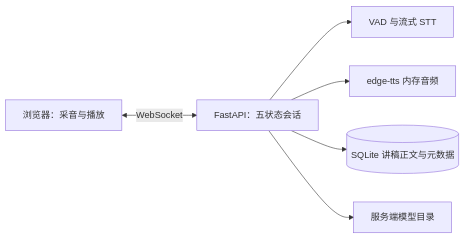
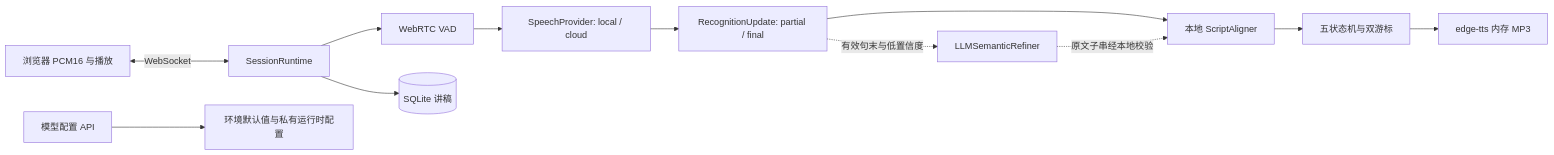
The diagram in docs/architecture.md (AstolfoNS/whisper-guide), drawn with Mermaid before and after one commit. The commit also changed other lines of this file and 50 other files, not shown here.

````diff
--- a/docs/architecture.md
+++ b/docs/architecture.md
@@ -3,8 +3,14 @@
 ```mermaid
 flowchart LR
-  B[浏览器：采音与播放] <-->|WebSocket| A[FastAPI：五状态会话]
-  A --> V[VAD 与流式 STT]
-  A --> T[edge-tts 内存音频]
-  A --> D[(SQLite 讲稿正文与元数据)]
-  A --> M[服务端模型目录]
+  B[浏览器 PCM16 与播放] <-->|WebSocket| A[SessionRuntime]
+  A --> V[WebRTC VAD]
+  V --> P[SpeechProvider: local / cloud]
+  P --> R[RecognitionUpdate: partial / final]
+  R --> S[本地 ScriptAligner]
+  S --> D[五状态机与双游标]
+  D --> T[edge-tts 内存 MP3]
+  R -.有效句末与低置信度.-> L[LLMSemanticRefiner]
+  L -.原文子串经本地校验.-> S
+  M[模型配置 API] --> C[环境默认值与私有运行时配置]
+  A --> Q[(SQLite 讲稿)]
 ```
````
